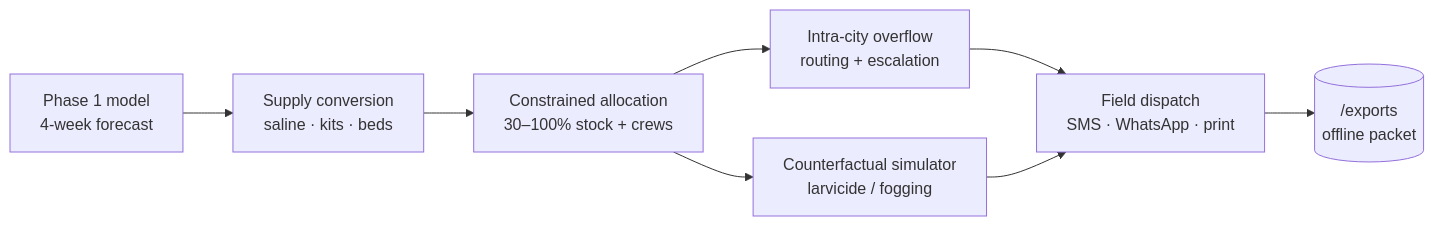
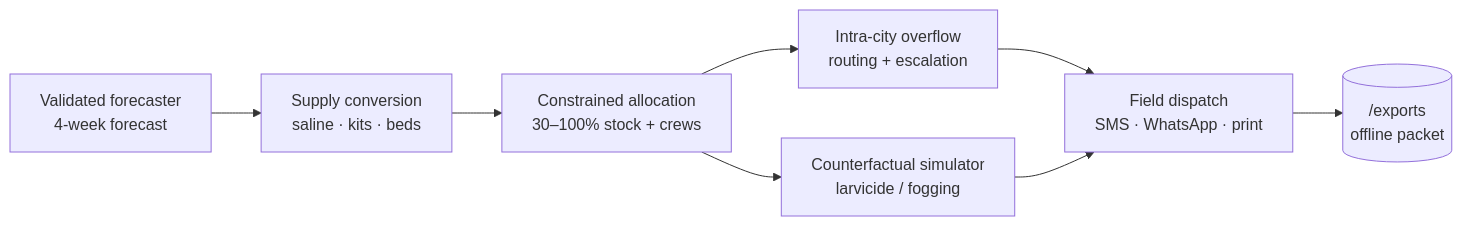
The diagram in ARCHITECTURE.md (faisalkhabirr/Project-3-Am), drawn with Mermaid before and after one commit. The commit also changed other lines of this file and 13 other files, not shown here.

Commit message:
feat(model): train from onsite dataset with supply targets excluded

````diff
--- a/ARCHITECTURE.md
+++ b/ARCHITECTURE.md
@@ -171,10 +176,10 @@
 ```mermaid
 flowchart LR
-    A[Phase 1 model<br/>4-week forecast] --> B[Supply conversion<br/>saline · kits · beds]
+    A[Validated forecaster<br/>4-week forecast] --> B[Supply conversion<br/>saline · kits · beds]
     B --> C[Constrained allocation<br/>30–100% stock + crews]
     C --> D[Intra-city overflow<br/>routing + escalation]
     C --> E[Counterfactual simulator<br/>larvicide / fogging]
     D --> F[Field dispatch<br/>SMS · WhatsApp · print]
     E --> F
     F --> G[(/exports<br/>offline packet)]
 ```
````
